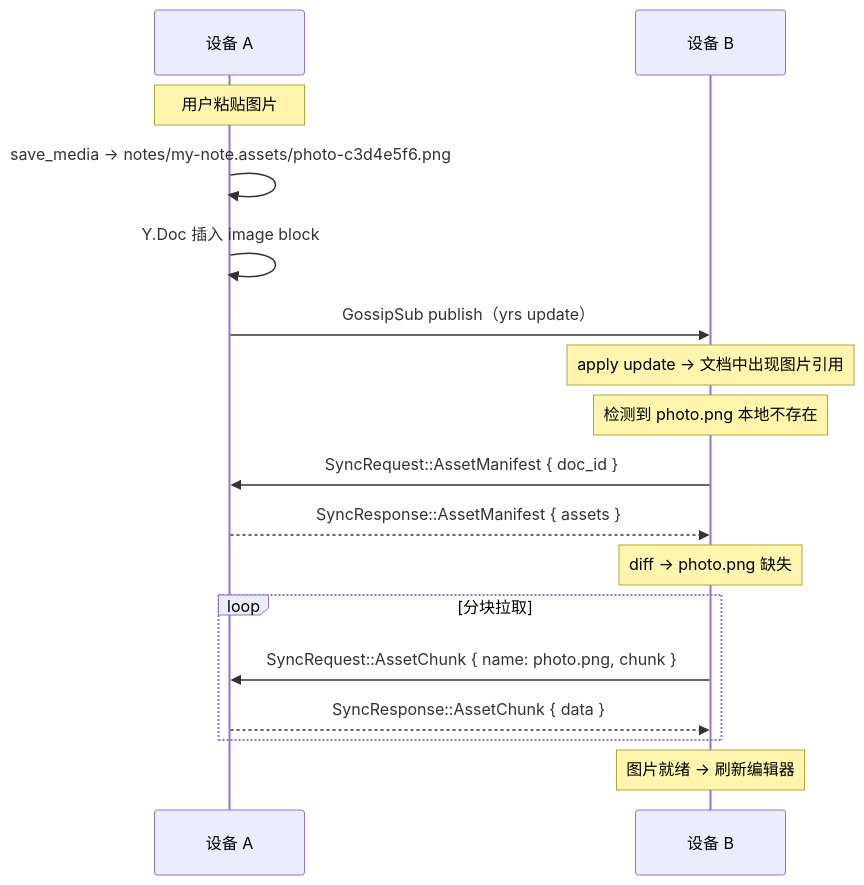
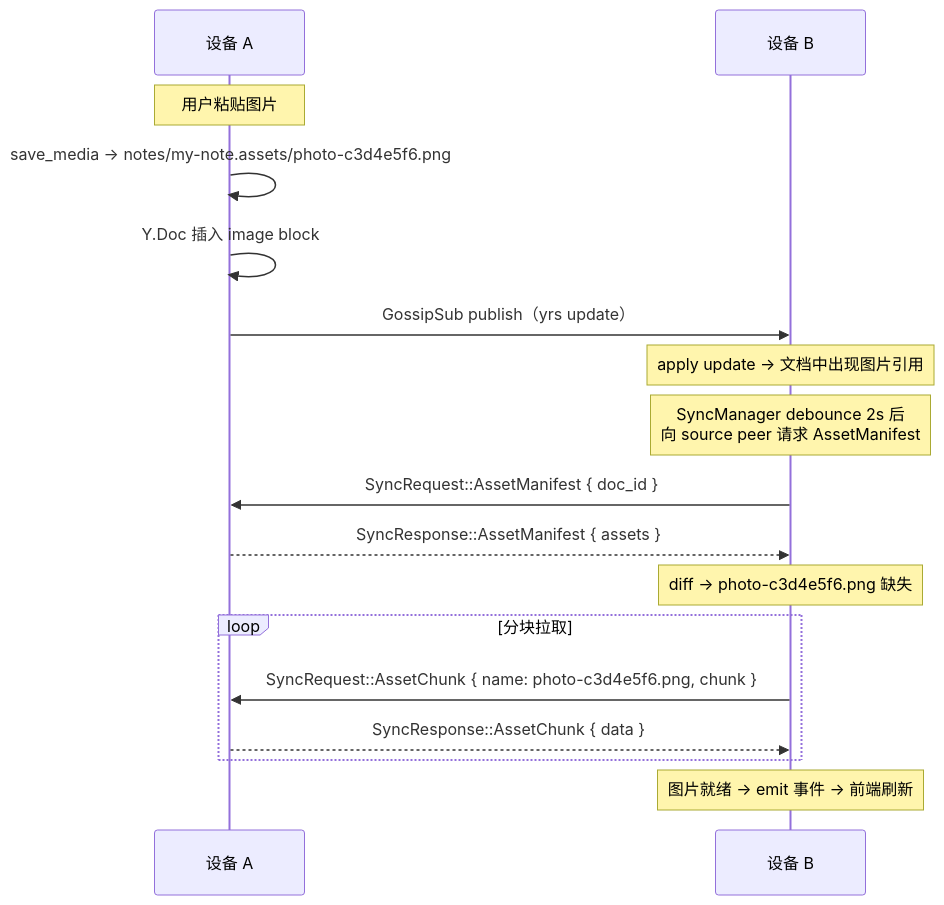
Before and after one commit to yexiyue/SwarmNote: the fifth of 7 diagrams in milestones/v0.2.0/design/asset-sync.md, drawn with Mermaid. The commit also changed other lines of this file and 23 other files, not shown here.

First line of the commit message:
feat(sync): implement CRDT sync engine with full/incremental sync and asset transfer

````diff
--- a/milestones/v0.2.0/design/asset-sync.md
+++ b/milestones/v0.2.0/design/asset-sync.md
@@ -262,24 +262,24 @@
 ```mermaid
 sequenceDiagram
     participant A as 设备 A
     participant B as 设备 B
 
     Note over A: 用户粘贴图片
     A->>A: save_media → notes/my-note.assets/photo-c3d4e5f6.png
     A->>A: Y.Doc 插入 image block
 
     A->>B: GossipSub publish（yrs update）
     Note over B: apply update → 文档中出现图片引用
-    Note over B: 检测到 photo.png 本地不存在
 
+    Note over B: SyncManager debounce 2s 后<br/>向 source peer 请求 AssetManifest
     B->>A: SyncRequest::AssetManifest { doc_id }
     A-->>B: SyncResponse::AssetManifest { assets }
-    Note over B: diff → photo.png 缺失
+    Note over B: diff → photo-c3d4e5f6.png 缺失
 
     loop 分块拉取
-        B->>A: SyncRequest::AssetChunk { name: photo.png, chunk }
+        B->>A: SyncRequest::AssetChunk { name: photo-c3d4e5f6.png, chunk }
         A-->>B: SyncResponse::AssetChunk { data }
     end
 
-    Note over B: 图片就绪 → 刷新编辑器
+    Note over B: 图片就绪 → emit 事件 → 前端刷新
 ```
````
